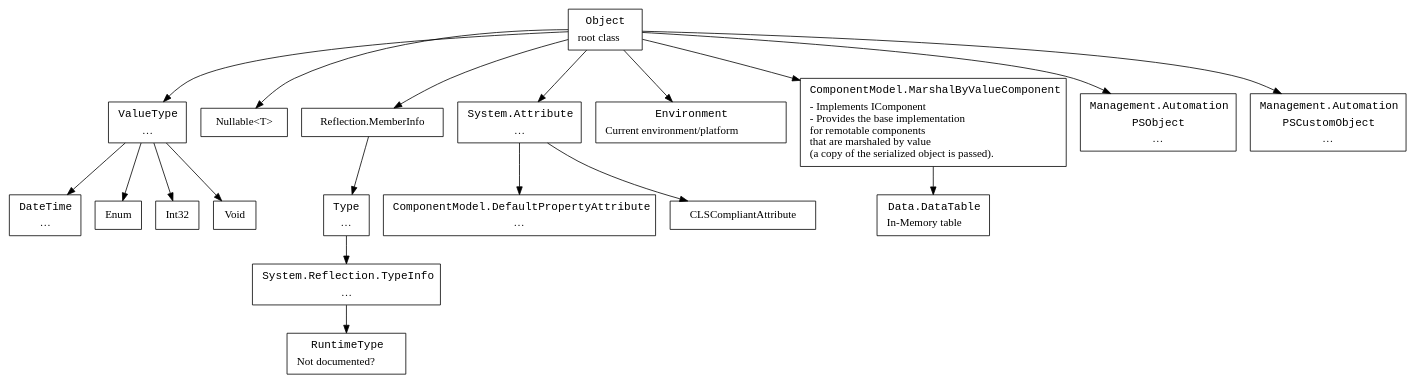
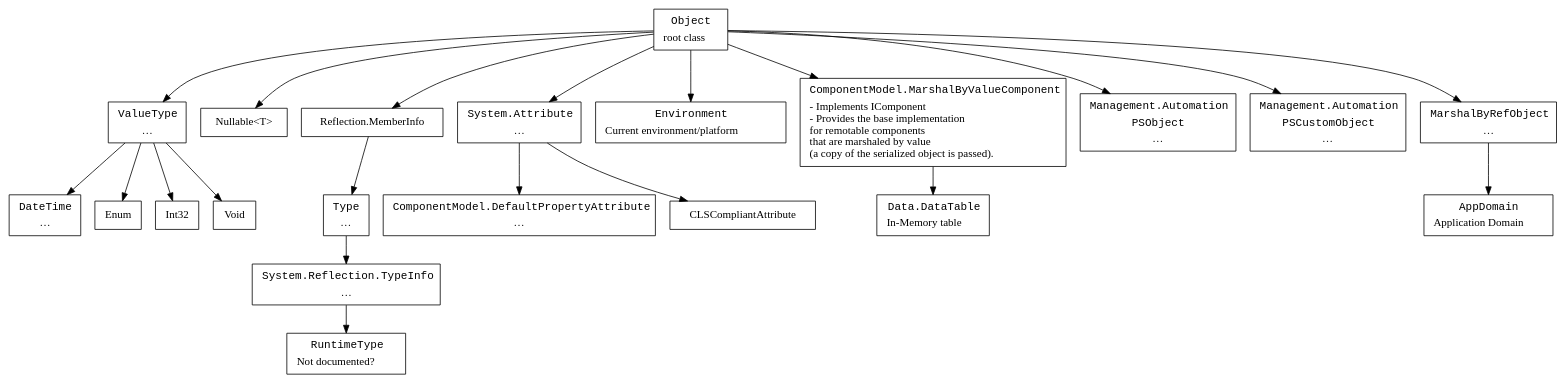
The diagram in namespaces/hierarchy.dot (ReneNyffenegger/temp-dotNet), drawn with Graphviz before and after one commit. The commit also changed 11 other files, not shown here.

```diff
--- a/namespaces/hierarchy.dot
+++ b/namespaces/hierarchy.dot
@@ -1,76 +1,87 @@
 digraph hierarchy {
 
     node [ shape=box ]
    
     System_Object[ label=< <table border="0"><tr><td align="text"><font face="Courier">Object</font></td></tr><tr><td align="text">root class<br align="left"/></td></tr></table> > ];
 
 
     System_ValueType [ label=< <table border="0"><tr><td align="text"><font face="Courier">ValueType</font></td></tr><tr><td>…</td></tr></table> > ];
     System_DateTime [ label=< <table border="0"><tr><td align="text"><font face="Courier">DateTime</font></td></tr><tr><td>…</td></tr></table> > ];
 
     System_Enum [ label = "Enum" ];
 
     System_Int32 [ label = "Int32" ];
 
     System_Void [ label = "Void" ];
 
     System_Nullable [ label = "Nullable<T>" ];
 
     System_Reflection_Memberinfo [ label = "Reflection.MemberInfo" ];
     System_Reflection_TypeInfo [ label=< <table border="0"><tr><td align="text"><font face="Courier">System.Reflection.TypeInfo</font></td></tr><tr><td>…</td></tr></table> > ];
 
     System_Type [ label=< <table border="0"><tr><td align="text"><font face="Courier">Type</font></td></tr><tr><td>…</td></tr></table> > ];
     System_Type -> System_Reflection_TypeInfo;
 
     System_Object -> System_ValueType;
 
     System_Object -> System_Nullable;
 
     System_Attribute [ label=< <table border="0"><tr><td align="text"><font face="Courier">System.Attribute</font></td></tr><tr><td>…</td></tr></table> > ];
     System_DefaultPropertyAttribute [ label=< <table border="0"><tr><td align="text"><font face="Courier">ComponentModel.DefaultPropertyAttribute</font></td></tr><tr><td>…</td></tr></table> > ];
     System_Environment [ label=< <table border="0"><tr><td align="text"><font face="Courier">Environment</font></td></tr><tr><td>Current environment/platform</td></tr></table> > ];
 
-    System_ComponentModel_MarshalByValueComponent[ label=< <table border="0"><tr><td align="text"><font face="Courier">ComponentModel.MarshalByValueComponent</font></td></tr><tr><td align="text">- Implements IComponent<br align="left"/>- Provides the base implementation<br align="left"/>for remotable components<br align="left"/>that are marshaled by value <br align="left"/>(a copy of the serialized object is passed).<br align="left"/></td></tr></table> > ];
     System_Data_DataTable[ label=< <table border="0"><tr><td align="text"><font face="Courier">Data.DataTable</font></td></tr><tr><td align="text">In-Memory table<br align="left"/></td></tr></table> > ];
 
     System_ComponentModel_MarshalByValueComponent-> System_Data_DataTable;
 
     System_Management_Automation_PSObject [ label=< <table border="0">
        <tr><td align="text"><font face="Courier">Management.Automation</font></td></tr>
        <tr><td align="text"><font face="Courier">PSObject</font></td></tr>
        <tr><td>…</td></tr></table> > ];
 
     System_Management_Automation_PSCusteomObject [ label=< <table border="0">
        <tr><td align="text"><font face="Courier">Management.Automation</font></td></tr>
        <tr><td align="text"><font face="Courier">PSCustomObject</font></td></tr>
        <tr><td>…</td></tr></table> > ];
+
+    System_ComponentModel_MarshalByValueComponent[ label=< <table border="0"><tr><td align="text"><font face="Courier">ComponentModel.MarshalByValueComponent</font></td></tr><tr><td align="text">- Implements IComponent<br align="left"/>- Provides the base implementation<br align="left"/>for remotable components<br align="left"/>that are marshaled by value <br align="left"/>(a copy of the serialized object is passed).<br align="left"/></td></tr></table> > ];
+
+     System_MarshalByRefObject [ label=< <table border="0">
+                             <tr><td align="text"><font face="Courier">MarshalByRefObject</font></td></tr>
+                             <tr><td>…</td></tr></table> > ];
+
+     System_AppDomain [ label=< <table border="0">
+                             <tr><td align="text"><font face="Courier">AppDomain</font></td></tr>
+                             <tr><td>Application Domain</td></tr></table> > ];
 
     System_CLSCompliantAttribute [ label = "CLSCompliantAttribute" ];
 
     System_ValueType -> System_Enum;
     System_ValueType -> System_DateTime;
 
     System_ValueType -> System_Int32;
 
     System_ValueType -> System_Void;
 
     System_Object -> System_Reflection_Memberinfo;
     System_Object -> System_Environment;
 
     System_Object -> System_Attribute;
 
     System_Attribute -> System_CLSCompliantAttribute;
     System_Attribute -> System_DefaultPropertyAttribute;
 
     System_Reflection_Memberinfo -> System_Type;
 
     System_RuntimeType [ label=< <table border="0"><tr><td align="text"><font face="Courier">RuntimeType</font></td></tr><tr><td>Not documented?</td></tr></table> > ];
     System_Reflection_TypeInfo -> System_RuntimeType;
 
     System_Object -> System_ComponentModel_MarshalByValueComponent;
 
     System_Object -> System_Management_Automation_PSObject;
     System_Object -> System_Management_Automation_PSCusteomObject;
 
 
+   System_Object -> System_MarshalByRefObject;
+   System_MarshalByRefObject -> System_AppDomain;
 }
```
